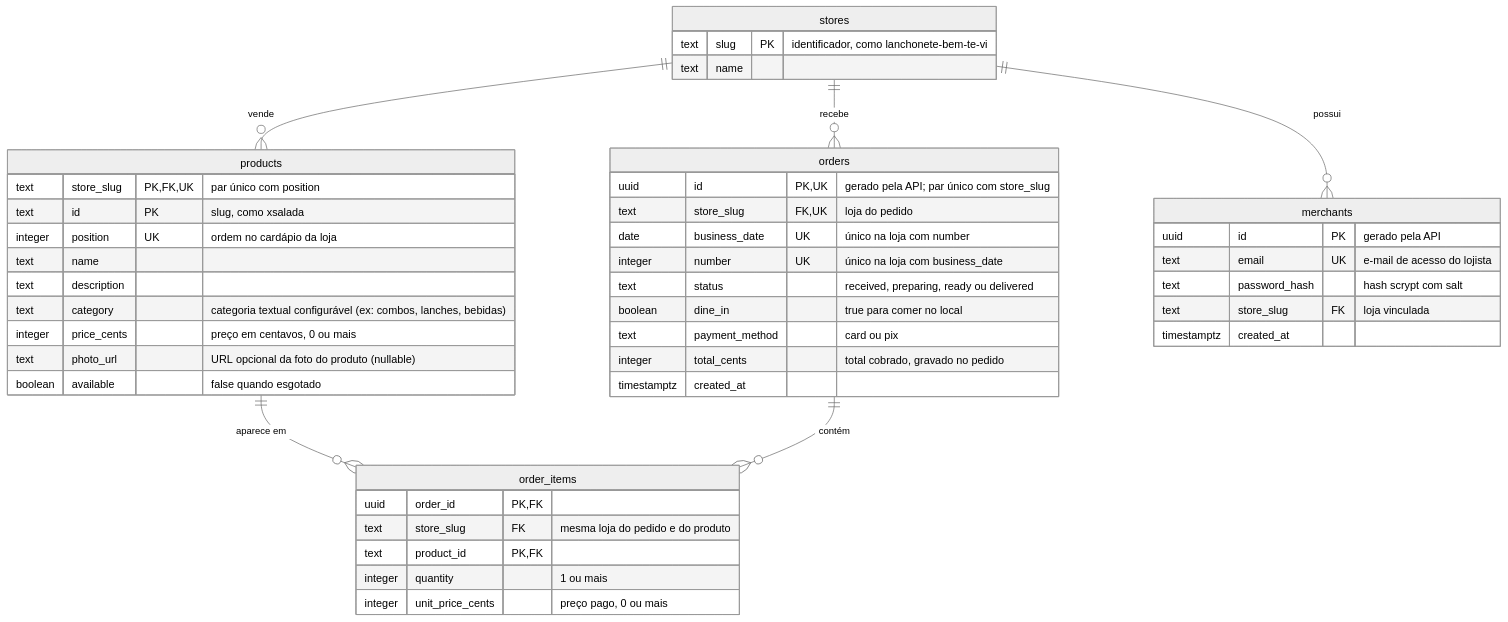
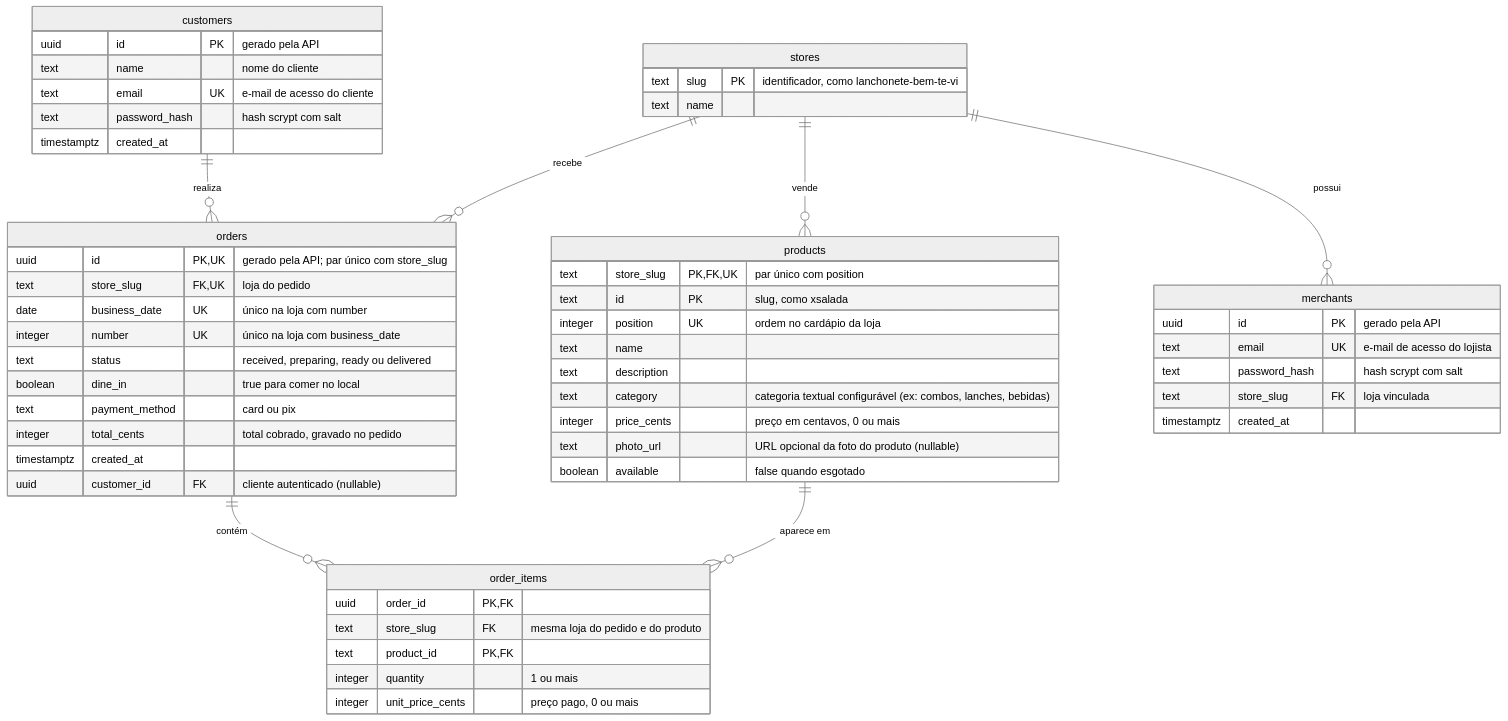
Before and after one commit to kaualimadesouza/EI: the diagram in docs/banco-de-dados.md, drawn with Mermaid (neutral theme). The commit also changed other lines of this file and 33 other files, not shown here.

First line of the commit message:
feat(api): multi-store catalog and customer authentication (#61)

````diff
--- a/docs/banco-de-dados.md
+++ b/docs/banco-de-dados.md
@@ -9,55 +9,65 @@
 ```mermaid
 %%{init: {"htmlLabels": false}}%%
 %% htmlLabels off: labels render as SVG text, not HTML boxes that can clip
 erDiagram
     stores ||--o{ products : "vende"
     stores ||--o{ orders : "recebe"
     stores ||--o{ merchants : "possui"
+    customers ||--o{ orders : "realiza"
     products ||--o{ order_items : "aparece em"
     orders ||--o{ order_items : "contém"
 
     stores {
         text slug PK "identificador, como lanchonete-bem-te-vi"
         text name
     }
 
     merchants {
         uuid id PK "gerado pela API"
         text email UK "e-mail de acesso do lojista"
         text password_hash "hash scrypt com salt"
         text store_slug FK "loja vinculada"
+        timestamptz created_at
+    }
+
+    customers {
+        uuid id PK "gerado pela API"
+        text name "nome do cliente"
+        text email UK "e-mail de acesso do cliente"
+        text password_hash "hash scrypt com salt"
         timestamptz created_at
     }
 
     products {
         text store_slug PK, FK, UK "par único com position"
         text id PK "slug, como xsalada"
         integer position UK "ordem no cardápio da loja"
         text name
         text description
         text category "categoria textual configurável (ex: combos, lanches, bebidas)"
         integer price_cents "preço em centavos, 0 ou mais"
         text photo_url "URL opcional da foto do produto (nullable)"
         boolean available "false quando esgotado"
     }
 
     orders {
         uuid id PK, UK "gerado pela API; par único com store_slug"
         text store_slug FK, UK "loja do pedido"
         date business_date UK "único na loja com number"
         integer number UK "único na loja com business_date"
         text status "received, preparing, ready ou delivered"
         boolean dine_in "true para comer no local"
         text payment_method "card ou pix"
         integer total_cents "total cobrado, gravado no pedido"
         timestamptz created_at
+        uuid customer_id FK "cliente autenticado (nullable)"
     }
 
     order_items {
         uuid order_id PK, FK
         text store_slug FK "mesma loja do pedido e do produto"
         text product_id PK, FK
         integer quantity "1 ou mais"
         integer unit_price_cents "preço pago, 0 ou mais"
     }
 ```
````
